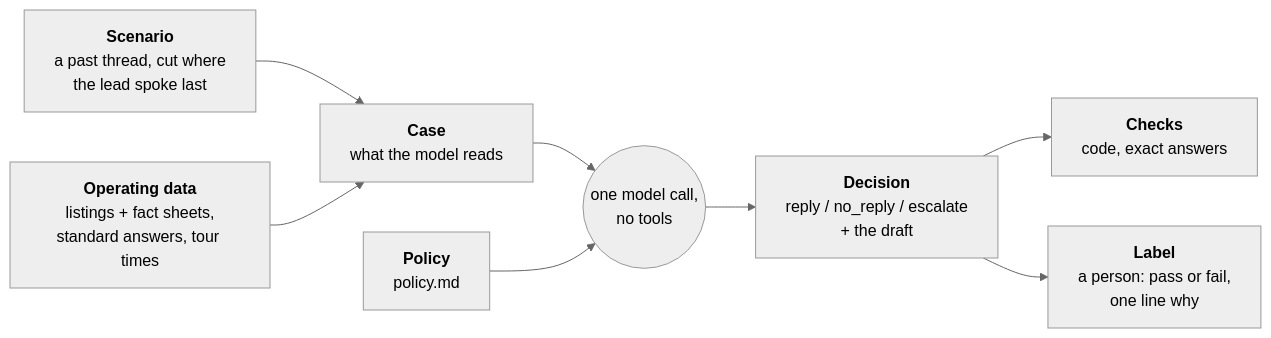
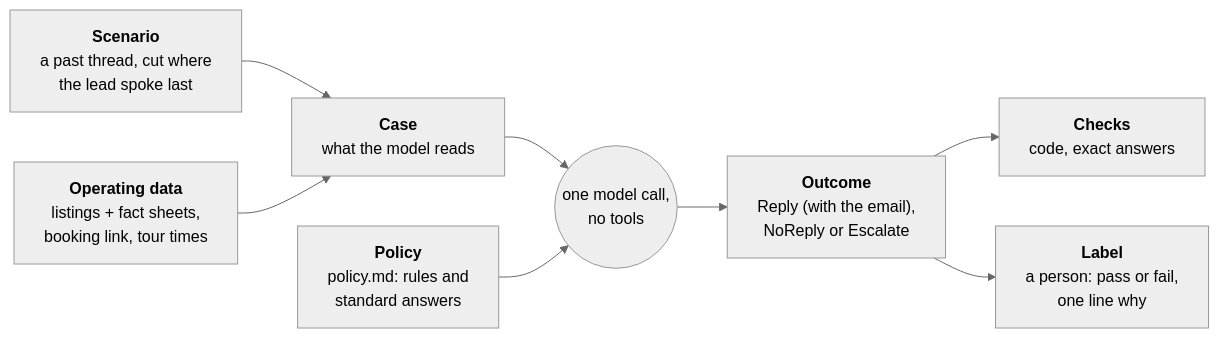
One commit to EmilioEsposito/portfolio changed the first of 3 diagrams in api/src/sernia_ai/zillow_leads/README.md. Above: the diagram before and after it, drawn with Mermaid (neutral theme). The commit also changed other lines of this file and 22 other files, not shown here.

````diff
--- a/api/src/sernia_ai/zillow_leads/README.md
+++ b/api/src/sernia_ai/zillow_leads/README.md
@@ -10,17 +10,17 @@
 ```mermaid
 flowchart LR
     S["<b>Scenario</b><br/>a past thread, cut where<br/>the lead spoke last"]
-    O["<b>Operating data</b><br/>listings + fact sheets,<br/>standard answers, tour times"]
+    O["<b>Operating data</b><br/>listings + fact sheets,<br/>booking link, tour times"]
     C["<b>Case</b><br/>what the model reads"]
-    P["<b>Policy</b><br/>policy.md"]
-    D["<b>Decision</b><br/>reply / no_reply / escalate<br/>+ the draft"]
+    P["<b>Policy</b><br/>policy.md: rules and<br/>standard answers"]
+    D["<b>Outcome</b><br/>Reply (with the email),<br/>NoReply or Escalate"]
     K["<b>Checks</b><br/>code, exact answers"]
     L["<b>Label</b><br/>a person: pass or fail,<br/>one line why"]
     S --> C
     O --> C
     C --> M(("one model call,<br/>no tools"))
     P --> M
     M --> D
     D --> K
     D --> L
 ```
````
